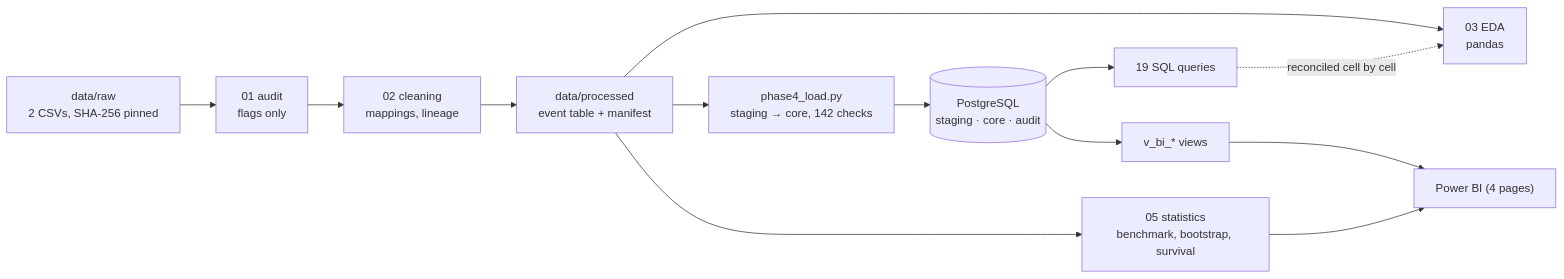
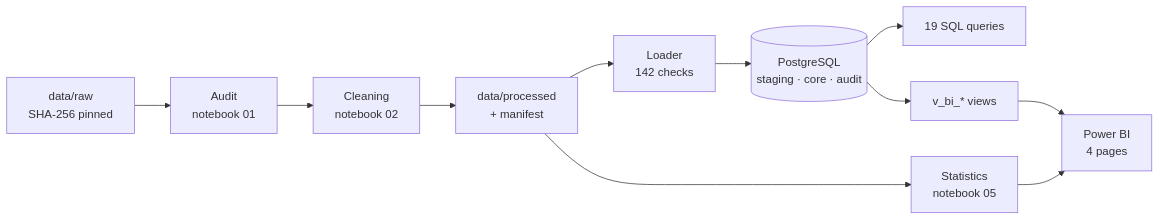
The diagram in README.md (akshaya3790/Global-Layoffs-Intelligence), drawn with Mermaid before and after one commit. The commit also changed other lines of this file and 13 other files, not shown here.

````diff
--- a/README.md
+++ b/README.md
@@ -25,15 +33,13 @@
 ```mermaid
 flowchart LR
-  R["data/raw<br/>2 CSVs, SHA-256 pinned"] --> N1["01 audit<br/>flags only"]
-  N1 --> N2["02 cleaning<br/>mappings, lineage"]
-  N2 --> P["data/processed<br/>event table + manifest"]
-  P --> N3["03 EDA<br/>pandas"]
-  P --> L["phase4_load.py<br/>staging → core, 142 checks"]
+  R["data/raw<br/>SHA-256 pinned"] --> A["Audit<br/>notebook 01"]
+  A --> C["Cleaning<br/>notebook 02"]
+  C --> P["data/processed<br/>+ manifest"]
+  P --> L["Loader<br/>142 checks"]
   L --> DB[("PostgreSQL<br/>staging · core · audit")]
   DB --> Q["19 SQL queries"]
-  Q -. reconciled cell by cell .-> N3
   DB --> V["v_bi_* views"]
-  V --> PBI["Power BI (4 pages)"]
-  P --> S["05 statistics<br/>benchmark, bootstrap, survival"]
+  P --> S["Statistics<br/>notebook 05"]
+  V --> PBI["Power BI<br/>4 pages"]
   S --> PBI
 ```
````
